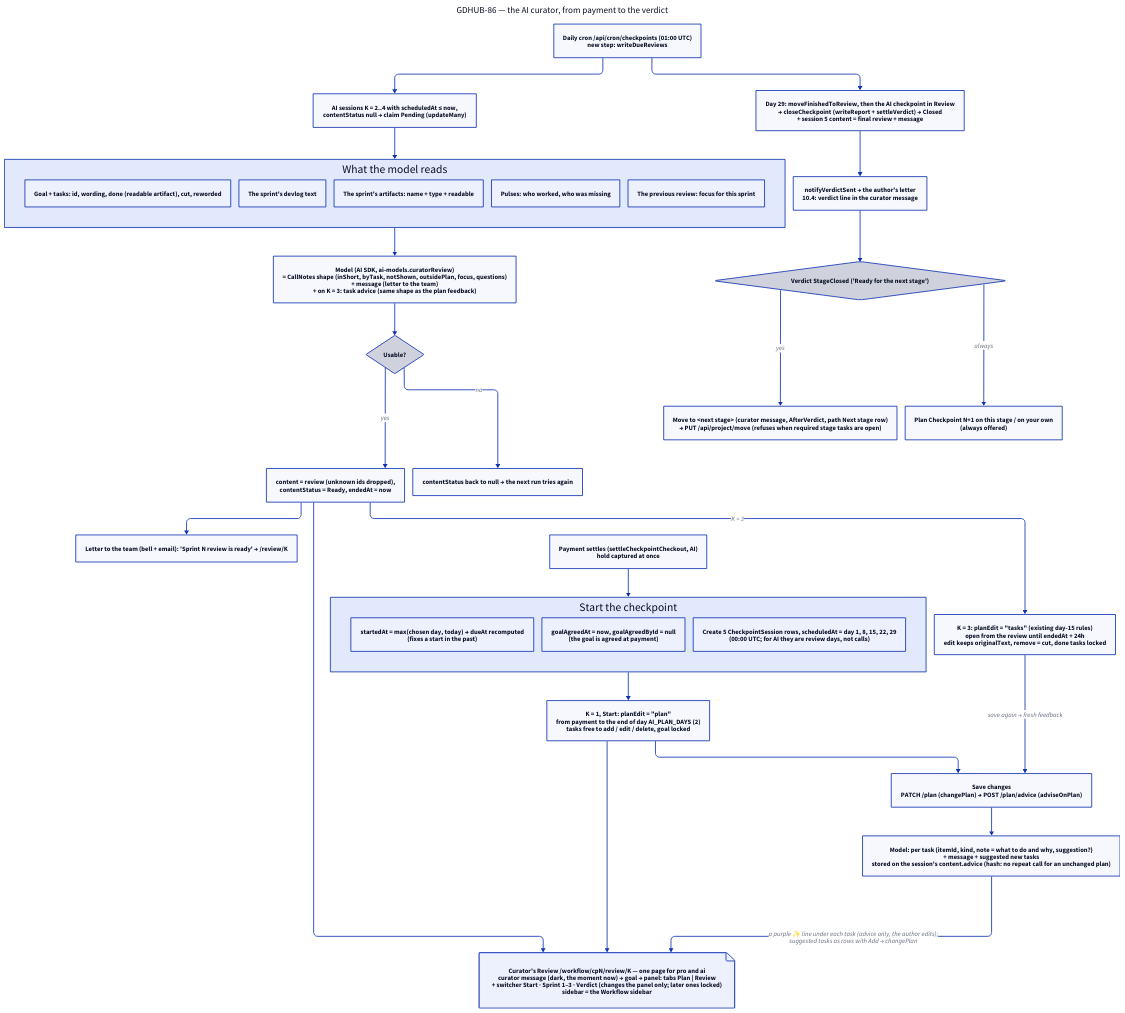
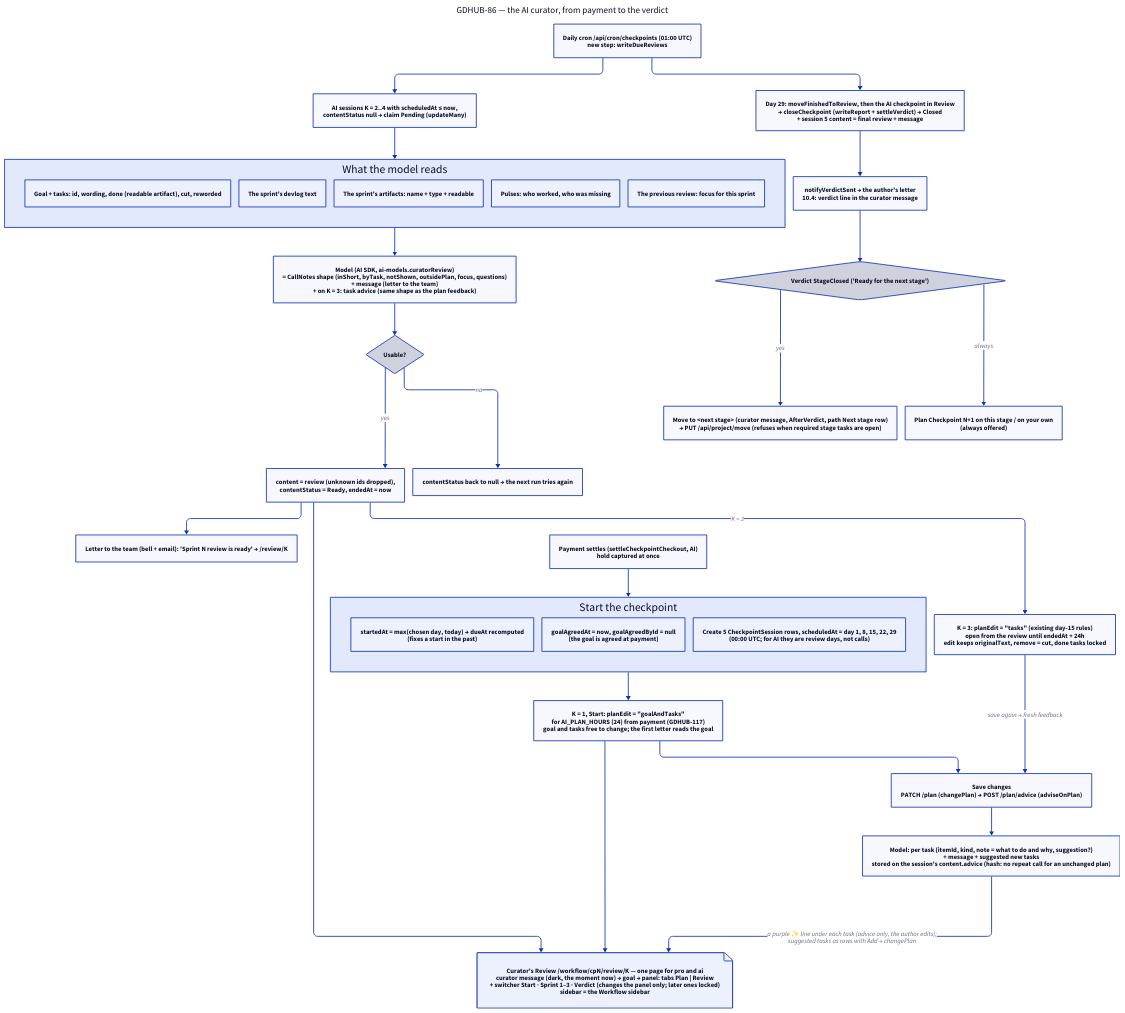
One commit to gdhub-io/gdhub changed the diagram in docs/checkpoints-ai-curator-flow.d2. Above: the diagram before and after it, drawn with D2. The commit also changed 21 other files, not shown here.

Commit message:
feat(checkpoints): GDHUB-117 day 1 — the goal is read after payment, 24 hours to adjust it

```diff
--- a/docs/checkpoints-ai-curator-flow.d2
+++ b/docs/checkpoints-ai-curator-flow.d2
@@ -1,80 +1,80 @@
 vars: {
   d2-config: {
     layout-engine: elk
   }
 }
 
 direction: down
 
 title: "GDHUB-86 — the AI curator, from payment to the verdict" {
   shape: text
   near: top-center
   style.font-size: 22
 }
 
 pay: "Payment settles (settleCheckpointCheckout, AI)\nhold captured at once"
 
 start: "Start the checkpoint" {
   date: "startedAt = max(chosen day, today) → dueAt recomputed\n(fixes a start in the past)"
   goal: "goalAgreedAt = now, goalAgreedById = null\n(the goal is agreed at payment)"
   rows: "Create 5 CheckpointSession rows, scheduledAt = day 1, 8, 15, 22, 29\n(00:00 UTC; for AI they are review days, not calls)"
 }
 pay -> start
 
 page: "Curator's Review /workflow/cpN/review/K — one page for pro and ai\ncurator message (dark, the moment now) → goal → panel: tabs Plan | Review\n+ switcher Start · Sprint 1–3 · Verdict (changes the panel only; later ones locked)\nsidebar = the Workflow sidebar" {shape: page}
 
-setup: "K = 1, Start: planEdit = \"plan\"\nfrom payment to the end of day AI_PLAN_DAYS (2)\ntasks free to add / edit / delete, goal locked"
+setup: "K = 1, Start: planEdit = \"goalAndTasks\"\nfor AI_PLAN_HOURS (24) from payment (GDHUB-117)\ngoal and tasks free to change; the first letter reads the goal"
 start -> setup
 setup -> page
 
 save: "Save changes\nPATCH /plan (changePlan) → POST /plan/advice (adviseOnPlan)"
 setup -> save
 
 feedback: "Model: per task {itemId, kind, note = what to do and why, suggestion?}\n+ message + suggested new tasks\nstored on the session's content.advice (hash: no repeat call for an unchanged plan)"
 save -> feedback
 feedback -> page: "a purple ✨ line under each task (advice only, the author edits);\nsuggested tasks as rows with Add → changePlan"
 
 cron: "Daily cron /api/cron/checkpoints (01:00 UTC)\nnew step: writeDueReviews"
 
 due: "AI sessions K = 2..4 with scheduledAt ≤ now,\ncontentStatus null → claim Pending (updateMany)"
 cron -> due
 
 input: "What the model reads" {
   plan: "Goal + tasks: id, wording, done (readable artifact), cut, reworded"
   dev: "The sprint's devlog text"
   art: "The sprint's artifacts: name + type + readable"
   pulse: "Pulses: who worked, who was missing"
   prev: "The previous review: focus for this sprint"
 }
 due -> input
 
 review: "Model (AI SDK, ai-models.curatorReview)\n= CallNotes shape (inShort, byTask, notShown, outsidePlan, focus, questions)\n+ message (letter to the team)\n+ on K = 3: task advice (same shape as the plan feedback)"
 input -> review
 
 ok: "Usable?" {shape: diamond}
 review -> ok
 ready: "content = review (unknown ids dropped),\ncontentStatus = Ready, endedAt = now"
 retry: "contentStatus back to null → the next run tries again"
 ok -> ready: yes
 ok -> retry: no
 
 letter: "Letter to the team (bell + email): 'Sprint N review is ready' → /review/K"
 ready -> letter
 ready -> page
 
 mid: "K = 3: planEdit = \"tasks\" (existing day-15 rules)\nopen from the review until endedAt + 24h\nedit keeps originalText, remove = cut, done tasks locked"
 ready -> mid: "K = 3"
 mid -> save: "save again → fresh feedback"
 
 final: "Day 29: moveFinishedToReview, then the AI checkpoint in Review\n→ closeCheckpoint (writeReport + settleVerdict) → Closed\n+ session 5 content = final review + message"
 cron -> final
 
 verdict: "notifyVerdictSent → the author's letter\n10.4: verdict line in the curator message"
 final -> verdict
 
 after: "Verdict StageClosed ('Ready for the next stage')" {shape: diamond}
 verdict -> after
 move: "Move to <next stage> (curator message, AfterVerdict, path Next stage row)\n→ PUT /api/project/move (refuses when required stage tasks are open)"
 stay: "Plan Checkpoint N+1 on this stage / on your own\n(always offered)"
 after -> move: yes
 after -> stay: "always"
```
